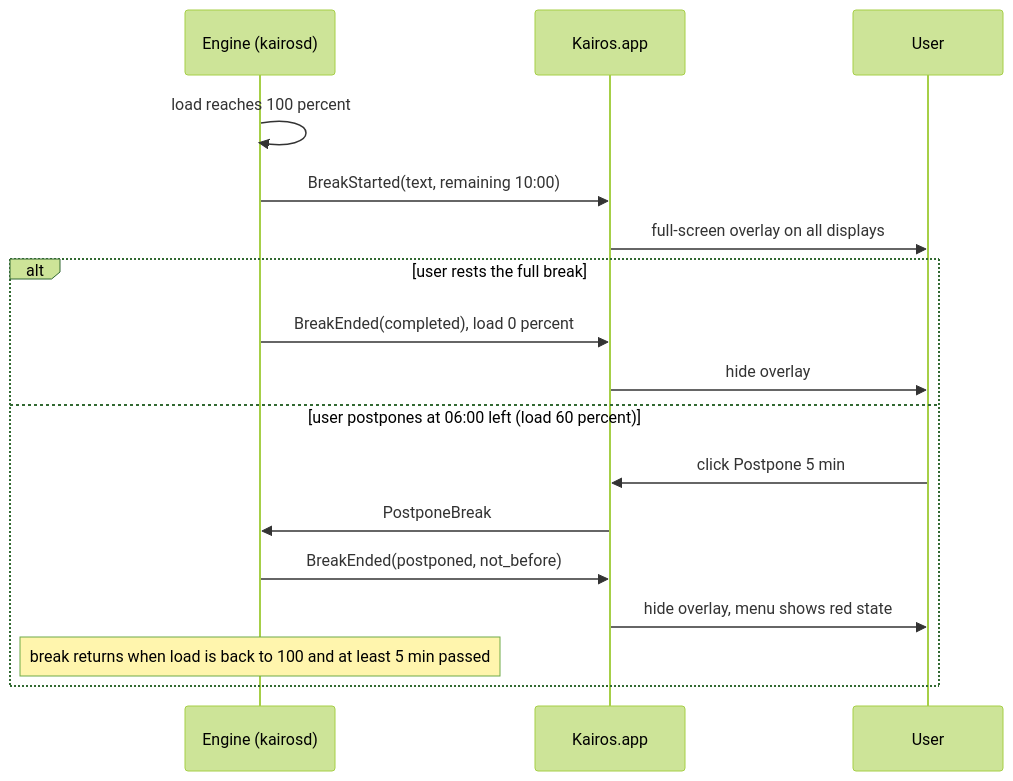
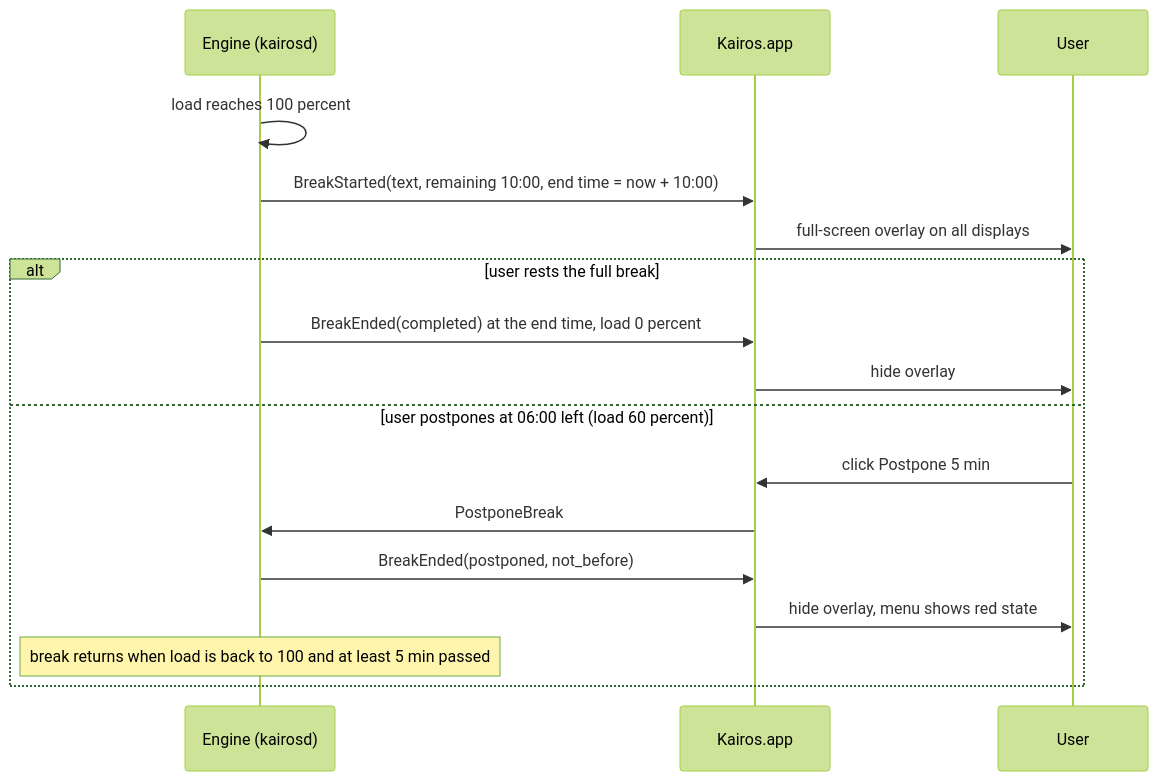
Before and after one commit to tuananh131001/kairos: the fourth of 5 diagrams in docs/kairos-mvp/PLAN.md, drawn with Mermaid (forest theme). The commit also changed other lines of this file and 1 other file, not shown here.

````diff
--- a/docs/kairos-mvp/PLAN.md
+++ b/docs/kairos-mvp/PLAN.md
@@ -238,19 +242,19 @@
 ```mermaid
 sequenceDiagram
     participant E as Engine (kairosd)
     participant A as Kairos.app
     participant U as User
     E->>E: load reaches 100 percent
-    E->>A: BreakStarted(text, remaining 10:00)
+    E->>A: BreakStarted(text, remaining 10:00, end time = now + 10:00)
     A->>U: full-screen overlay on all displays
     alt user rests the full break
-        E->>A: BreakEnded(completed), load 0 percent
+        E->>A: BreakEnded(completed) at the end time, load 0 percent
         A->>U: hide overlay
     else user postpones at 06:00 left (load 60 percent)
         U->>A: click Postpone 5 min
         A->>E: PostponeBreak
         E->>A: BreakEnded(postponed, not_before)
         A->>U: hide overlay, menu shows red state
         Note over E: break returns when load is back to 100 and at least 5 min passed
     end
 ```
````
